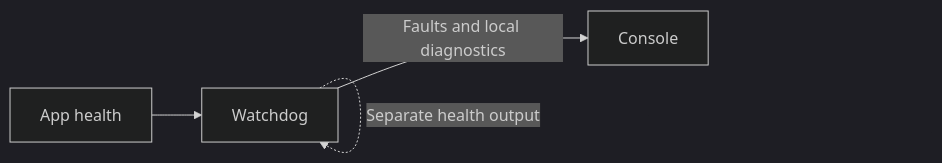
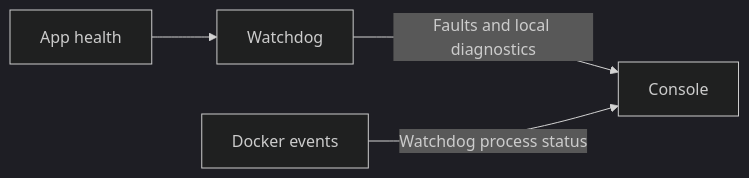
The diagram in libs/compose-apps/docs/111526-app-health-decisions.md (Cutuy/doramcap), drawn with Mermaid (dark theme) before and after one commit. The commit also changed other lines of this file, not shown here.

Commit message:
docs: record watchdog decision and first milestone PR

````diff
--- a/libs/compose-apps/docs/111526-app-health-decisions.md
+++ b/libs/compose-apps/docs/111526-app-health-decisions.md
@@ -24,6 +25,6 @@
 ```mermaid
 flowchart LR
   A[App health] --> W[Watchdog]
   W -->|Faults and local diagnostics| C[Console]
-  W -. Separate health output .-> W
+  D[Docker events] -->|Watchdog process status| C
 ```
````
